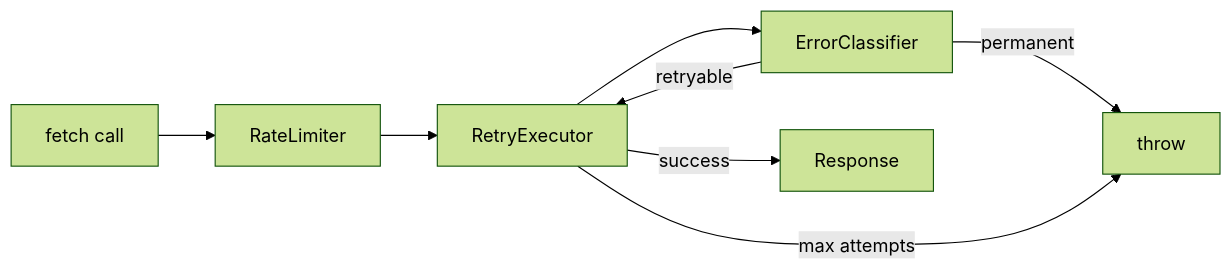
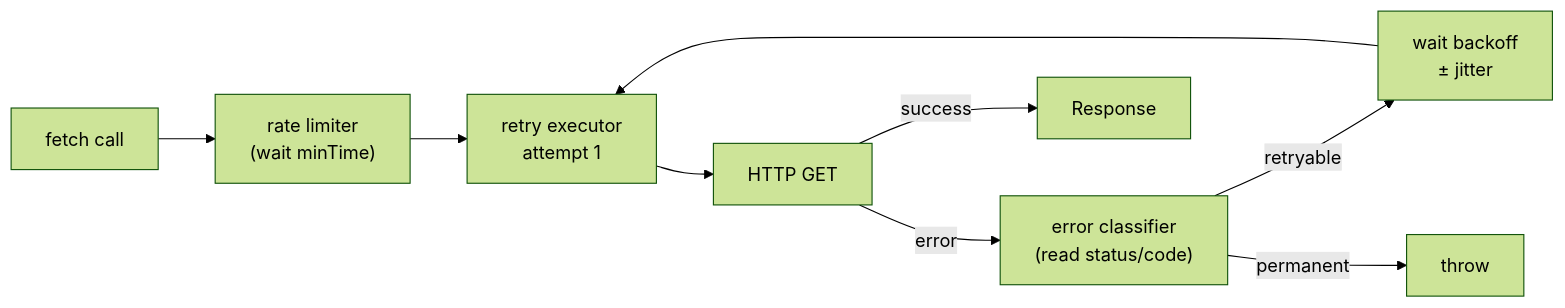
The third of 3 diagrams in docs/architecture.md (Studnicky/PathRipper), drawn with Mermaid (forest theme) before and after one commit. The commit also changed other lines of this file and 11 other files, not shown here.

````diff
--- a/docs/architecture.md
+++ b/docs/architecture.md
@@ -82,10 +102,15 @@
 ```mermaid
 graph LR
-    Request[fetch call] --> RateLimiter
-    RateLimiter --> RetryExecutor
-    RetryExecutor --> ErrorClassifier
-    ErrorClassifier -->|retryable| RetryExecutor
-    ErrorClassifier -->|permanent| Throw[throw]
-    RetryExecutor -->|max attempts| Throw
-    RetryExecutor -->|success| Response
+    Request[fetch call] --> RateLimit["rate limiter
+    (wait minTime)"]
+    RateLimit --> Retry["retry executor
+    attempt 1"]
+    Retry --> HTTP["HTTP GET"]
+    HTTP -->|error| Classify["error classifier
+    (read status/code)"]
+    Classify -->|retryable| Wait["wait backoff
+    ± jitter"]
+    Wait --> Retry
+    Classify -->|permanent| Throw[throw]
+    HTTP -->|success| Response
 ```
````
